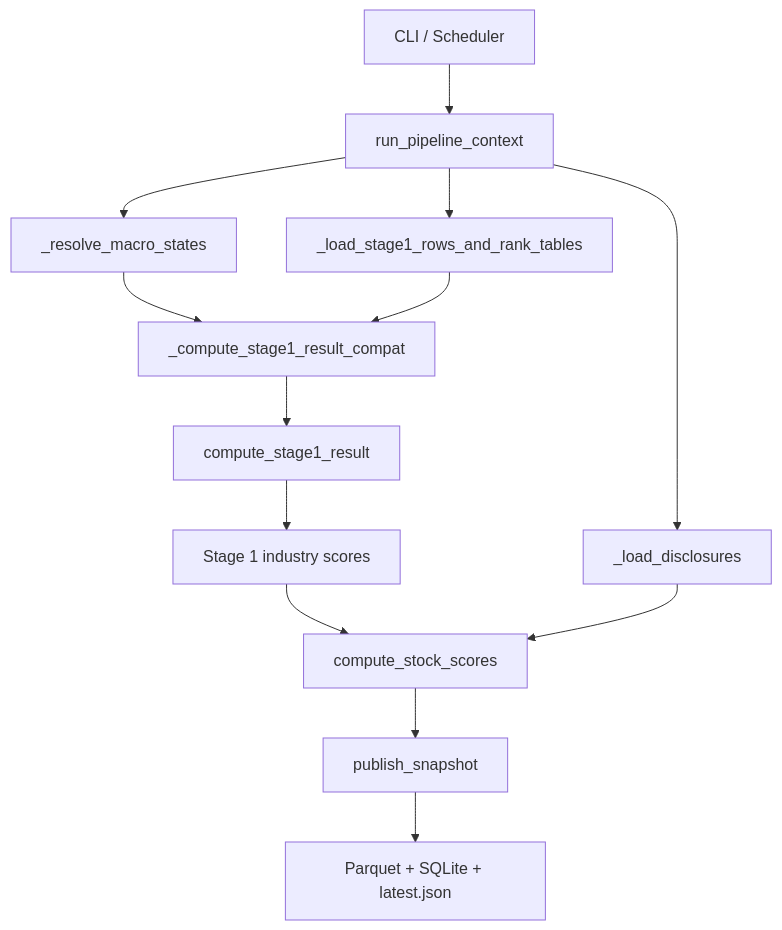
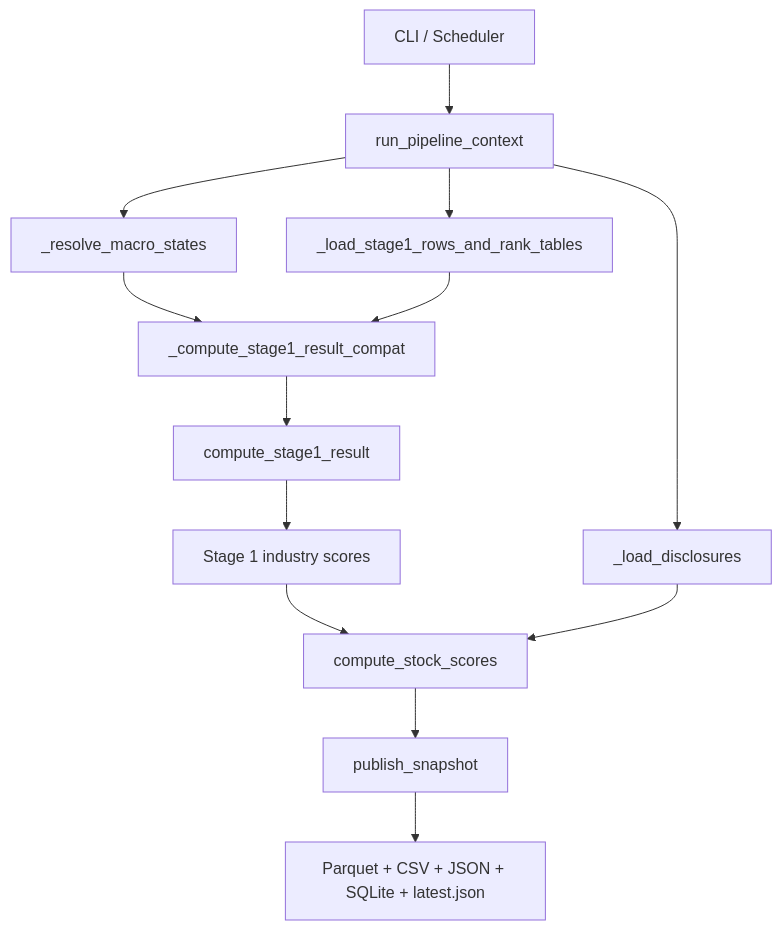
The fifth of 6 diagrams in README.md (PJH-02/macro), drawn with Mermaid before and after one commit. The commit also changed other lines of this file and 3 other files, not shown here.

````diff
--- a/README.md
+++ b/README.md
@@ -266,15 +266,15 @@
 ```mermaid
 flowchart TD
     A[CLI / Scheduler] --> B[run_pipeline_context]
     B --> C[_resolve_macro_states]
     B --> D[_load_stage1_rows_and_rank_tables]
     C --> E[_compute_stage1_result_compat]
     D --> E
     E --> F[compute_stage1_result]
     F --> G[Stage 1 industry scores]
     B --> H[_load_disclosures]
     G --> I[compute_stock_scores]
     H --> I
     I --> J[publish_snapshot]
-    J --> K[Parquet + SQLite + latest.json]
+    J --> K[Parquet + CSV + JSON + SQLite + latest.json]
 ```
````
